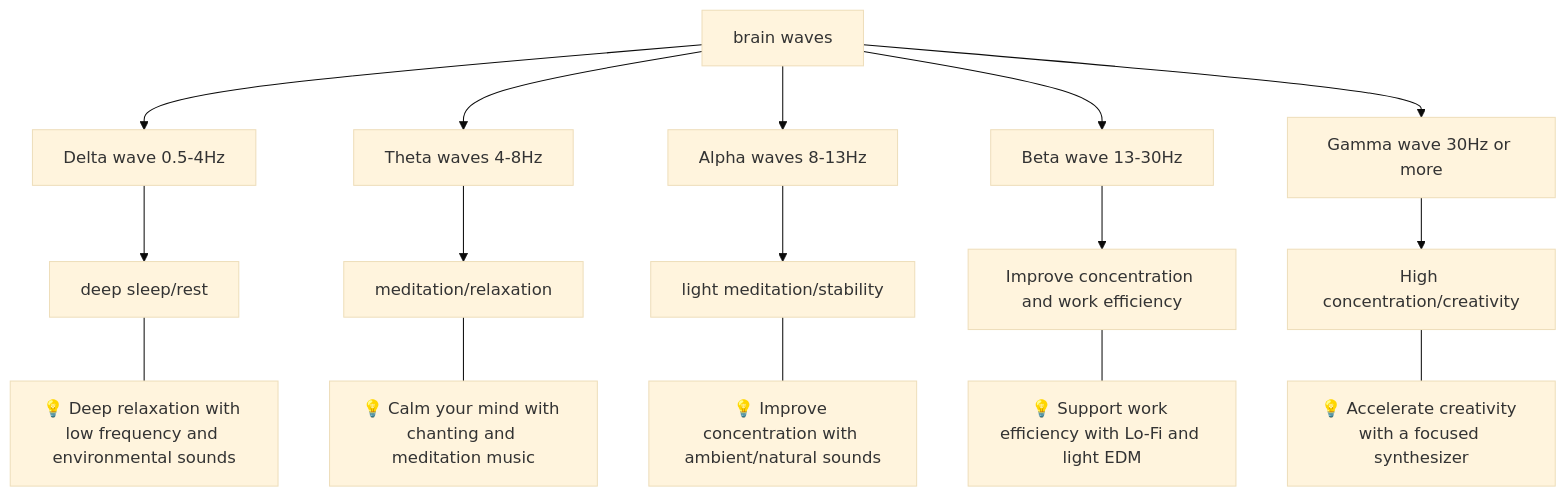
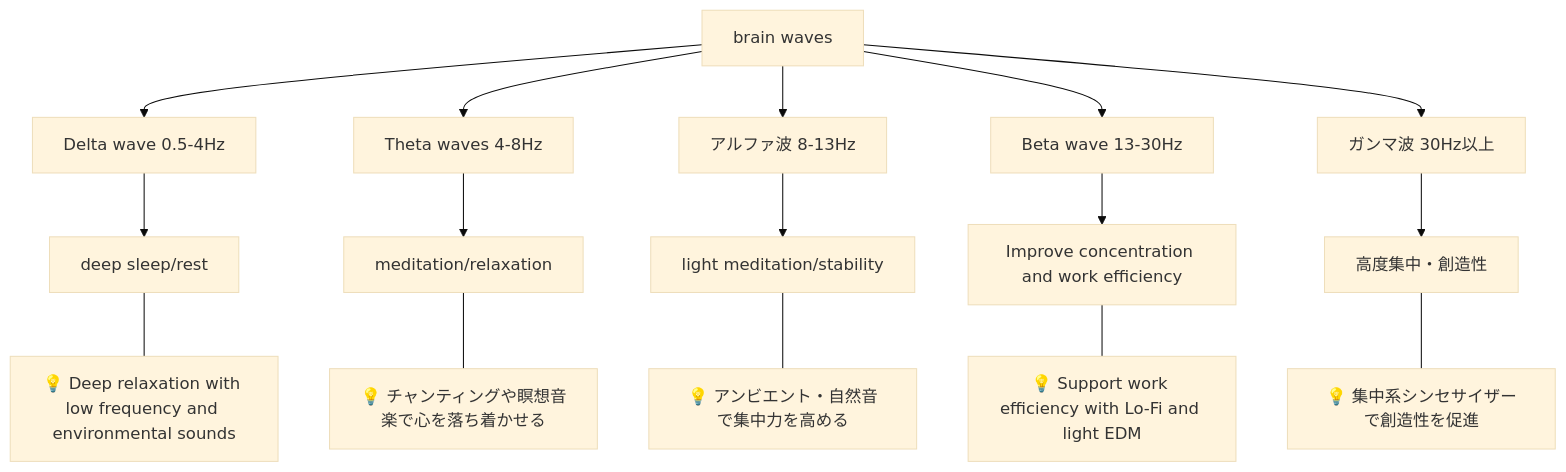
The first of 4 diagrams in en/_posts/2025-11-09-column-yoga-music.md (monumental-movement/monumental-movement.github.io), drawn with Mermaid (base theme) before and after one commit. The commit also changed other lines of this file and 296 other files, not shown here.

```diff
--- a/en/_posts/2025-11-09-column-yoga-music.md
+++ b/en/_posts/2025-11-09-column-yoga-music.md
@@ -117,25 +117,25 @@
 <div class="mermaid">
 
 flowchart TD
     A[brain waves] --> B[Delta wave 0.5-4Hz]
     A --> C[Theta waves 4-8Hz]
-    A --> D[Alpha waves 8-13Hz]
+    A --> D[アルファ波 8-13Hz]
     A --> E[Beta wave 13-30Hz]
-    A --> F[Gamma wave 30Hz or more]
+    A --> F[ガンマ波 30Hz以上]
 
     B --> B1[deep sleep/rest]
     B1 --- BB["💡 Deep relaxation with low frequency and environmental sounds"]
     
     C --> C1[meditation/relaxation]
-    C1 --- CC["💡 Calm your mind with chanting and meditation music"]
+    C1 --- CC["💡 チャンティングや瞑想音楽で心を落ち着かせる"]
     
     D --> D1[light meditation/stability]
-    D1 --- DD["💡 Improve concentration with ambient/natural sounds"]
+    D1 --- DD["💡 アンビエント・自然音で集中力を高める"]
     
     E --> E1[Improve concentration and work efficiency]
     E1 --- EE["💡 Support work efficiency with Lo-Fi and light EDM"]
     
-    F --> F1[High concentration/creativity]
-    F1 --- FF["💡 Accelerate creativity with a focused synthesizer"]
+    F --> F1[高度集中・創造性]
+    F1 --- FF["💡 集中系シンセサイザーで創造性を促進"]
 
 </div>
```
